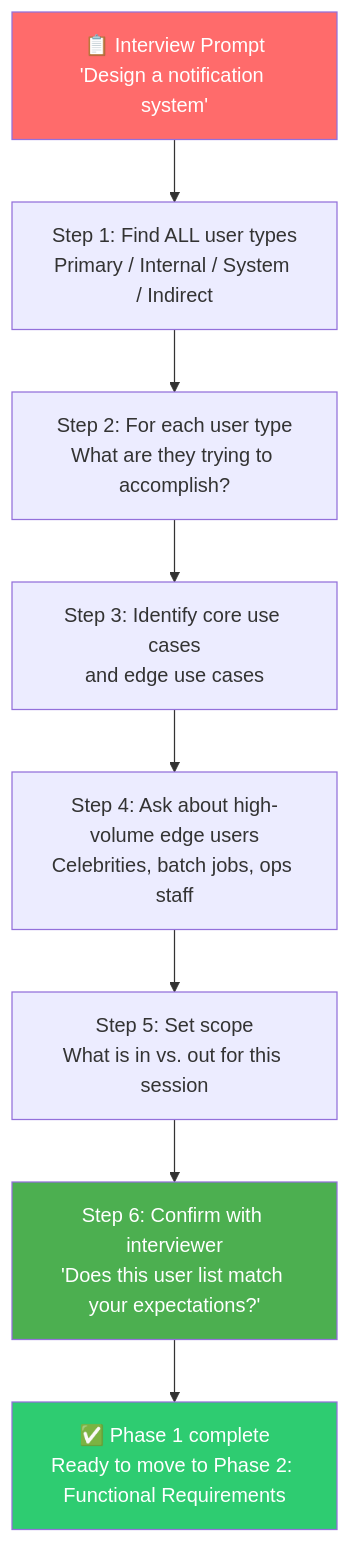
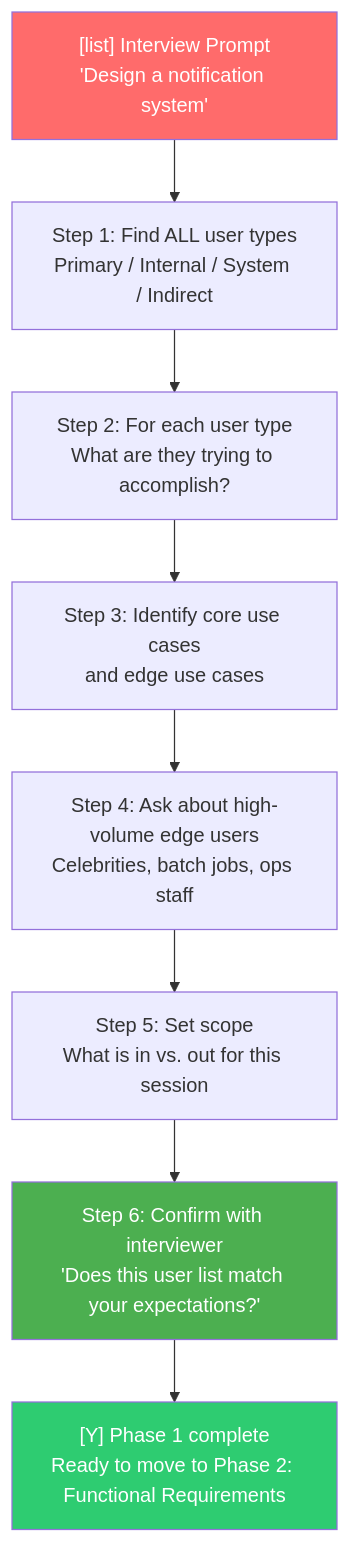
Before and after one commit to ranjeetnegi/System-Design-for-Staff-SWE: the first of 12 diagrams in Section2/Chapter_14_Phase_1_Users_and_Use_Cases.md, drawn with Mermaid. The commit also changed other lines of this file and 20 other files, not shown here.

````diff
--- a/Section2/Chapter_14_Phase_1_Users_and_Use_Cases.md
+++ b/Section2/Chapter_14_Phase_1_Users_and_Use_Cases.md
@@ -56,13 +56,13 @@
 ```mermaid
 flowchart TD
-    A["📋 Interview Prompt\n'Design a notification system'"] --> B["Step 1: Find ALL user types\nPrimary / Internal / System / Indirect"]
+    A["[list] Interview Prompt\n'Design a notification system'"] --> B["Step 1: Find ALL user types\nPrimary / Internal / System / Indirect"]
     B --> C["Step 2: For each user type\nWhat are they trying to accomplish?"]
     C --> D["Step 3: Identify core use cases\nand edge use cases"]
     D --> E["Step 4: Ask about high-volume edge users\nCelebrities, batch jobs, ops staff"]
     E --> F["Step 5: Set scope\nWhat is in vs. out for this session"]
     F --> G["Step 6: Confirm with interviewer\n'Does this user list match your expectations?'"]
-    G --> H["✅ Phase 1 complete\nReady to move to Phase 2: Functional Requirements"]
+    G --> H["[Y] Phase 1 complete\nReady to move to Phase 2: Functional Requirements"]
     style A fill:#ff6b6b,color:#fff
     style G fill:#4CAF50,color:#fff
     style H fill:#2ecc71,color:#fff
 ```
````
